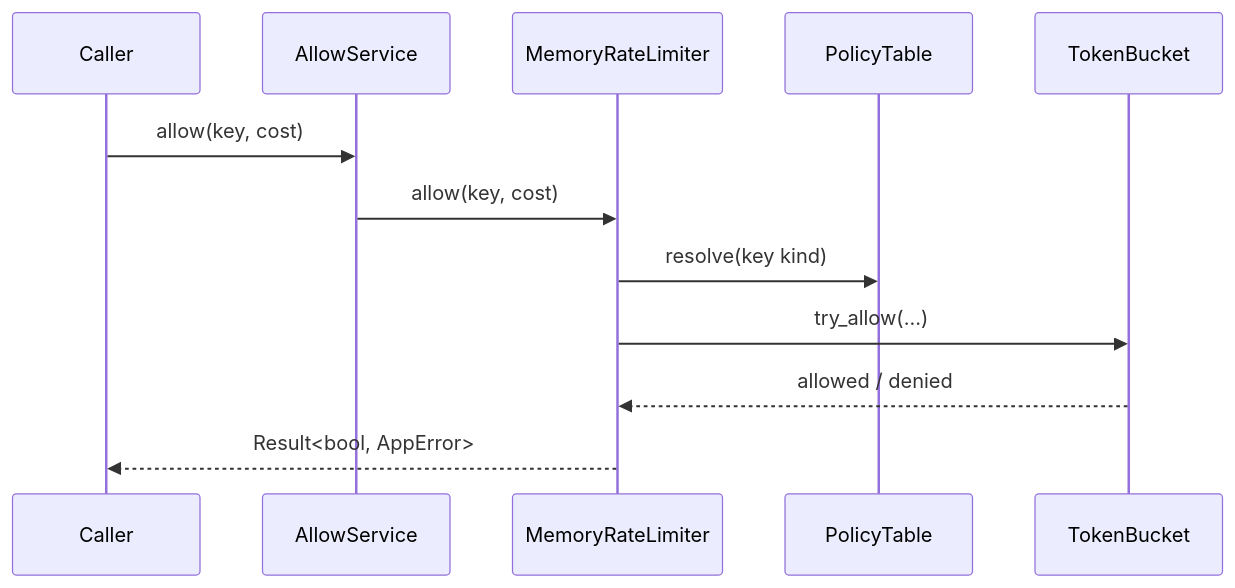
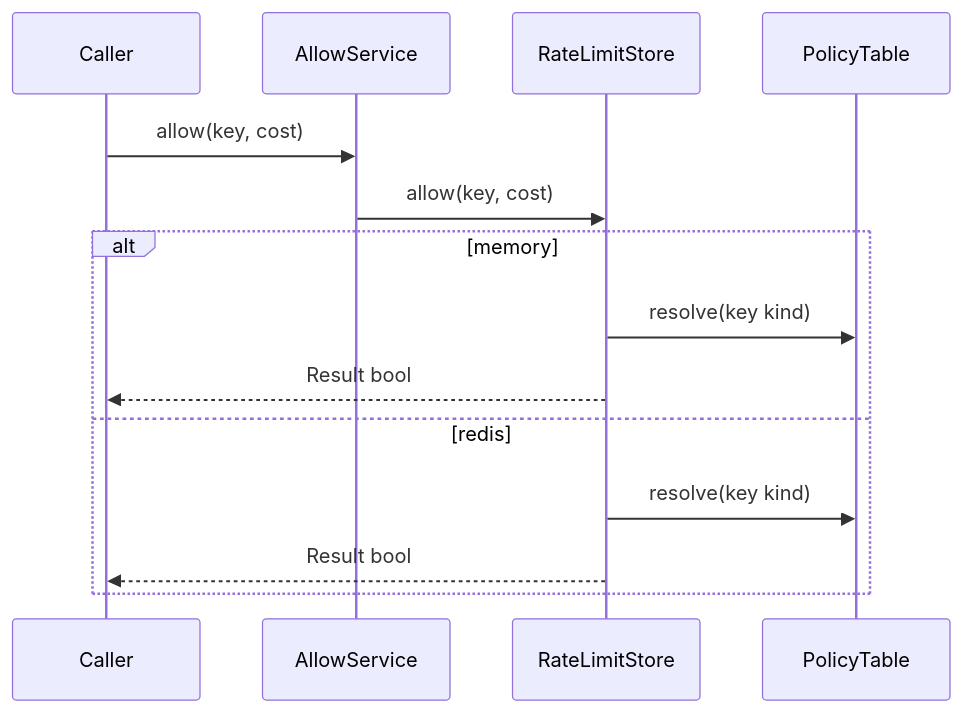
One commit to Nkasi-e/distributed-ratel changed the second of 2 diagrams in README.md. Above: the diagram before and after it, drawn with Mermaid. The commit also changed other lines of this file, not shown here.

````diff
--- a/README.md
+++ b/README.md
@@ -82,15 +86,16 @@
 ```mermaid
 sequenceDiagram
     participant Caller
     participant Service as AllowService
-    participant Limiter as MemoryRateLimiter
+    participant Store as RateLimitStore
     participant Policy as PolicyTable
-    participant Bucket as TokenBucket
-
     Caller->>Service: allow(key, cost)
-    Service->>Limiter: allow(key, cost)
-    Limiter->>Policy: resolve(key kind)
-    Limiter->>Bucket: try_allow(...)
-    Bucket-->>Limiter: allowed / denied
-    Limiter-->>Caller: Result<bool, AppError>
+    Service->>Store: allow(key, cost)
+    alt memory
+        Store->>Policy: resolve(key kind)
+        Store-->>Caller: Result bool
+    else redis
+        Store->>Policy: resolve(key kind)
+        Store-->>Caller: Result bool
+    end
 ```
````
